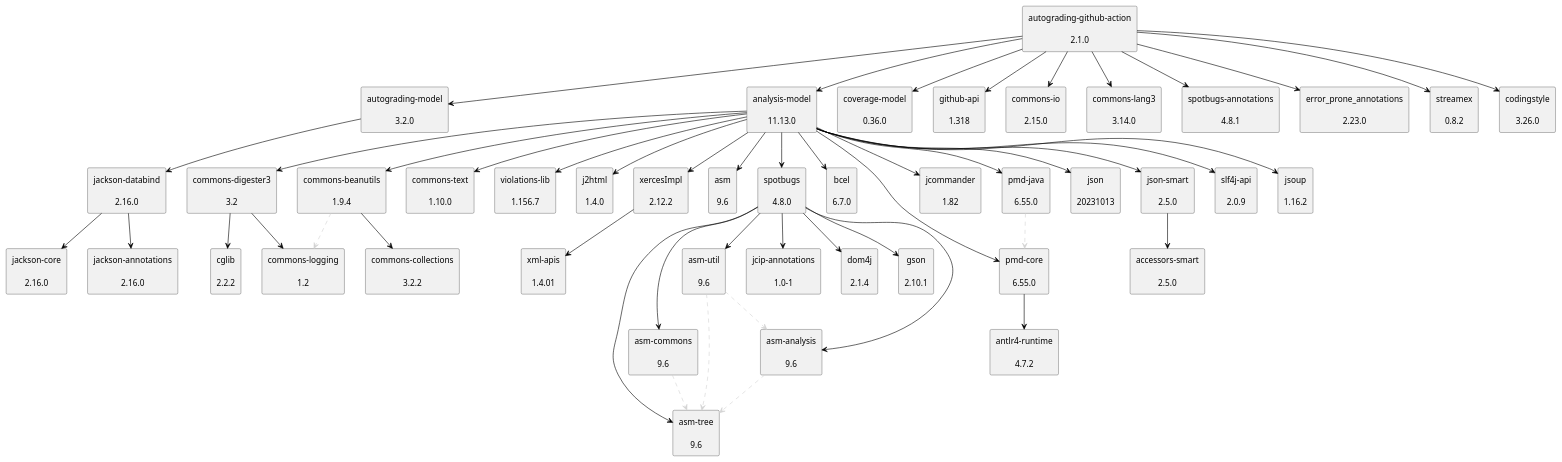
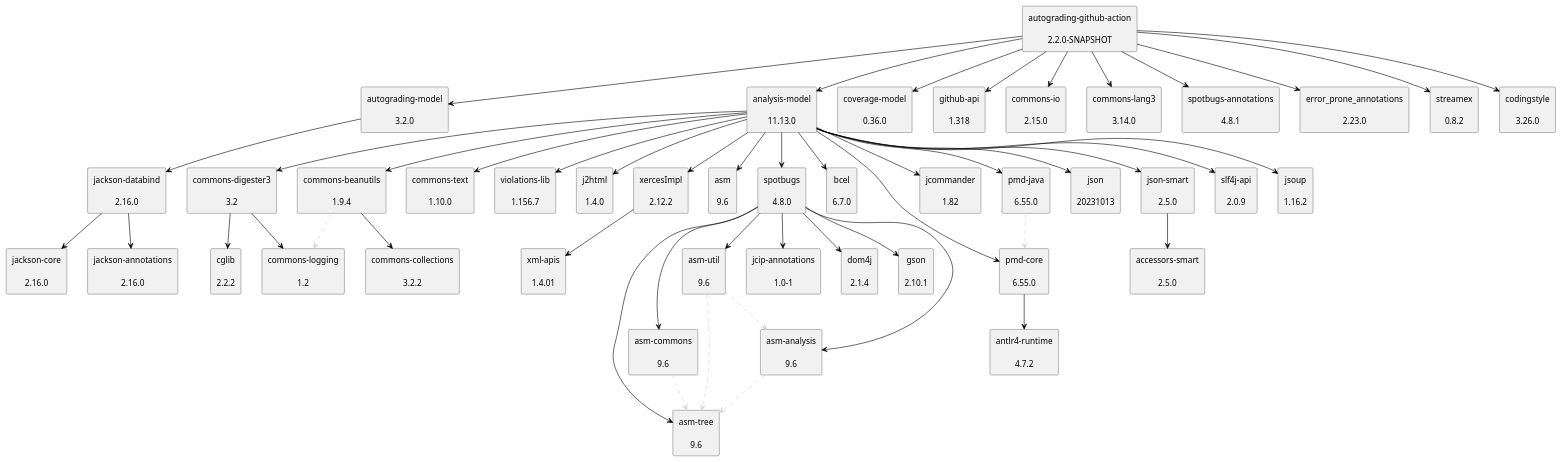
Before and after one commit to uhafner/autograding-github-action: the diagram in doc/dependency-graph.puml, drawn with PlantUML. The commit also changed 3 other files, not shown here.

```diff
--- a/doc/dependency-graph.puml
+++ b/doc/dependency-graph.puml
@@ -1,100 +1,100 @@
 @startuml
 skinparam defaultTextAlignment center
 skinparam rectangle {
   BackgroundColor<<optional>> beige
   BackgroundColor<<test>> lightGreen
   BackgroundColor<<runtime>> lightBlue
   BackgroundColor<<provided>> lightGray
 }
 rectangle "jackson-databind\n\n2.16.0" as com_fasterxml_jackson_core_jackson_databind_jar
 rectangle "jackson-annotations\n\n2.16.0" as com_fasterxml_jackson_core_jackson_annotations_jar
 rectangle "jackson-core\n\n2.16.0" as com_fasterxml_jackson_core_jackson_core_jar
 rectangle "autograding-model\n\n3.2.0" as edu_hm_hafner_autograding_model_jar
-rectangle "autograding-github-action\n\n2.1.0" as edu_hm_hafner_autograding_github_action_jar
+rectangle "autograding-github-action\n\n2.2.0-SNAPSHOT" as edu_hm_hafner_autograding_github_action_jar
 rectangle "analysis-model\n\n11.13.0" as edu_hm_hafner_analysis_model_jar
 rectangle "jsoup\n\n1.16.2" as org_jsoup_jsoup_jar
 rectangle "commons-digester3\n\n3.2" as org_apache_commons_commons_digester3_jar
 rectangle "cglib\n\n2.2.2" as cglib_cglib_jar
 rectangle "commons-logging\n\n1.2" as commons_logging_commons_logging_jar
 rectangle "commons-beanutils\n\n1.9.4" as commons_beanutils_commons_beanutils_jar
 rectangle "commons-collections\n\n3.2.2" as commons_collections_commons_collections_jar
 rectangle "commons-text\n\n1.10.0" as org_apache_commons_commons_text_jar
 rectangle "violations-lib\n\n1.156.7" as se_bjurr_violations_violations_lib_jar
 rectangle "j2html\n\n1.4.0" as com_j2html_j2html_jar
 rectangle "xercesImpl\n\n2.12.2" as xerces_xercesImpl_jar
 rectangle "xml-apis\n\n1.4.01" as xml_apis_xml_apis_jar
 rectangle "asm\n\n9.6" as org_ow2_asm_asm_jar
 rectangle "asm-analysis\n\n9.6" as org_ow2_asm_asm_analysis_jar
 rectangle "asm-tree\n\n9.6" as org_ow2_asm_asm_tree_jar
 rectangle "spotbugs\n\n4.8.0" as com_github_spotbugs_spotbugs_jar
 rectangle "asm-commons\n\n9.6" as org_ow2_asm_asm_commons_jar
 rectangle "asm-util\n\n9.6" as org_ow2_asm_asm_util_jar
 rectangle "jcip-annotations\n\n1.0-1" as com_github_stephenc_jcip_jcip_annotations_jar
 rectangle "dom4j\n\n2.1.4" as org_dom4j_dom4j_jar
 rectangle "gson\n\n2.10.1" as com_google_code_gson_gson_jar
 rectangle "bcel\n\n6.7.0" as org_apache_bcel_bcel_jar
 rectangle "pmd-core\n\n6.55.0" as net_sourceforge_pmd_pmd_core_jar
 rectangle "antlr4-runtime\n\n4.7.2" as org_antlr_antlr4_runtime_jar
 rectangle "jcommander\n\n1.82" as com_beust_jcommander_jar
 rectangle "pmd-java\n\n6.55.0" as net_sourceforge_pmd_pmd_java_jar
 rectangle "json\n\n20231013" as org_json_json_jar
 rectangle "json-smart\n\n2.5.0" as net_minidev_json_smart_jar
 rectangle "accessors-smart\n\n2.5.0" as net_minidev_accessors_smart_jar
 rectangle "slf4j-api\n\n2.0.9" as org_slf4j_slf4j_api_jar
 rectangle "coverage-model\n\n0.36.0" as edu_hm_hafner_coverage_model_jar
 rectangle "github-api\n\n1.318" as org_kohsuke_github_api_jar
 rectangle "commons-io\n\n2.15.0" as commons_io_commons_io_jar
 rectangle "commons-lang3\n\n3.14.0" as org_apache_commons_commons_lang3_jar
 rectangle "spotbugs-annotations\n\n4.8.1" as com_github_spotbugs_spotbugs_annotations_jar
 rectangle "error_prone_annotations\n\n2.23.0" as com_google_errorprone_error_prone_annotations_jar
 rectangle "streamex\n\n0.8.2" as one_util_streamex_jar
 rectangle "codingstyle\n\n3.26.0" as edu_hm_hafner_codingstyle_jar
 com_fasterxml_jackson_core_jackson_databind_jar -[#000000]-> com_fasterxml_jackson_core_jackson_annotations_jar
 com_fasterxml_jackson_core_jackson_databind_jar -[#000000]-> com_fasterxml_jackson_core_jackson_core_jar
 edu_hm_hafner_autograding_model_jar -[#000000]-> com_fasterxml_jackson_core_jackson_databind_jar
 edu_hm_hafner_autograding_github_action_jar -[#000000]-> edu_hm_hafner_autograding_model_jar
 edu_hm_hafner_analysis_model_jar -[#000000]-> org_jsoup_jsoup_jar
 org_apache_commons_commons_digester3_jar -[#000000]-> cglib_cglib_jar
 org_apache_commons_commons_digester3_jar -[#000000]-> commons_logging_commons_logging_jar
 edu_hm_hafner_analysis_model_jar -[#000000]-> org_apache_commons_commons_digester3_jar
 commons_beanutils_commons_beanutils_jar .[#D3D3D3].> commons_logging_commons_logging_jar
 commons_beanutils_commons_beanutils_jar -[#000000]-> commons_collections_commons_collections_jar
 edu_hm_hafner_analysis_model_jar -[#000000]-> commons_beanutils_commons_beanutils_jar
 edu_hm_hafner_analysis_model_jar -[#000000]-> org_apache_commons_commons_text_jar
 edu_hm_hafner_analysis_model_jar -[#000000]-> se_bjurr_violations_violations_lib_jar
 edu_hm_hafner_analysis_model_jar -[#000000]-> com_j2html_j2html_jar
 xerces_xercesImpl_jar -[#000000]-> xml_apis_xml_apis_jar
 edu_hm_hafner_analysis_model_jar -[#000000]-> xerces_xercesImpl_jar
 edu_hm_hafner_analysis_model_jar -[#000000]-> org_ow2_asm_asm_jar
 org_ow2_asm_asm_analysis_jar .[#D3D3D3].> org_ow2_asm_asm_tree_jar
 com_github_spotbugs_spotbugs_jar -[#000000]-> org_ow2_asm_asm_analysis_jar
 org_ow2_asm_asm_commons_jar .[#D3D3D3].> org_ow2_asm_asm_tree_jar
 com_github_spotbugs_spotbugs_jar -[#000000]-> org_ow2_asm_asm_commons_jar
 com_github_spotbugs_spotbugs_jar -[#000000]-> org_ow2_asm_asm_tree_jar
 org_ow2_asm_asm_util_jar .[#D3D3D3].> org_ow2_asm_asm_tree_jar
 org_ow2_asm_asm_util_jar .[#D3D3D3].> org_ow2_asm_asm_analysis_jar
 com_github_spotbugs_spotbugs_jar -[#000000]-> org_ow2_asm_asm_util_jar
 com_github_spotbugs_spotbugs_jar -[#000000]-> com_github_stephenc_jcip_jcip_annotations_jar
 com_github_spotbugs_spotbugs_jar -[#000000]-> org_dom4j_dom4j_jar
 com_github_spotbugs_spotbugs_jar -[#000000]-> com_google_code_gson_gson_jar
 edu_hm_hafner_analysis_model_jar -[#000000]-> com_github_spotbugs_spotbugs_jar
 edu_hm_hafner_analysis_model_jar -[#000000]-> org_apache_bcel_bcel_jar
 net_sourceforge_pmd_pmd_core_jar -[#000000]-> org_antlr_antlr4_runtime_jar
 edu_hm_hafner_analysis_model_jar -[#000000]-> net_sourceforge_pmd_pmd_core_jar
 edu_hm_hafner_analysis_model_jar -[#000000]-> com_beust_jcommander_jar
 net_sourceforge_pmd_pmd_java_jar .[#D3D3D3].> net_sourceforge_pmd_pmd_core_jar
 edu_hm_hafner_analysis_model_jar -[#000000]-> net_sourceforge_pmd_pmd_java_jar
 edu_hm_hafner_analysis_model_jar -[#000000]-> org_json_json_jar
 net_minidev_json_smart_jar -[#000000]-> net_minidev_accessors_smart_jar
 edu_hm_hafner_analysis_model_jar -[#000000]-> net_minidev_json_smart_jar
 edu_hm_hafner_analysis_model_jar -[#000000]-> org_slf4j_slf4j_api_jar
 edu_hm_hafner_autograding_github_action_jar -[#000000]-> edu_hm_hafner_analysis_model_jar
 edu_hm_hafner_autograding_github_action_jar -[#000000]-> edu_hm_hafner_coverage_model_jar
 edu_hm_hafner_autograding_github_action_jar -[#000000]-> org_kohsuke_github_api_jar
 edu_hm_hafner_autograding_github_action_jar -[#000000]-> commons_io_commons_io_jar
 edu_hm_hafner_autograding_github_action_jar -[#000000]-> org_apache_commons_commons_lang3_jar
 edu_hm_hafner_autograding_github_action_jar -[#000000]-> com_github_spotbugs_spotbugs_annotations_jar
 edu_hm_hafner_autograding_github_action_jar -[#000000]-> com_google_errorprone_error_prone_annotations_jar
 edu_hm_hafner_autograding_github_action_jar -[#000000]-> one_util_streamex_jar
 edu_hm_hafner_autograding_github_action_jar -[#000000]-> edu_hm_hafner_codingstyle_jar
 @enduml
```
